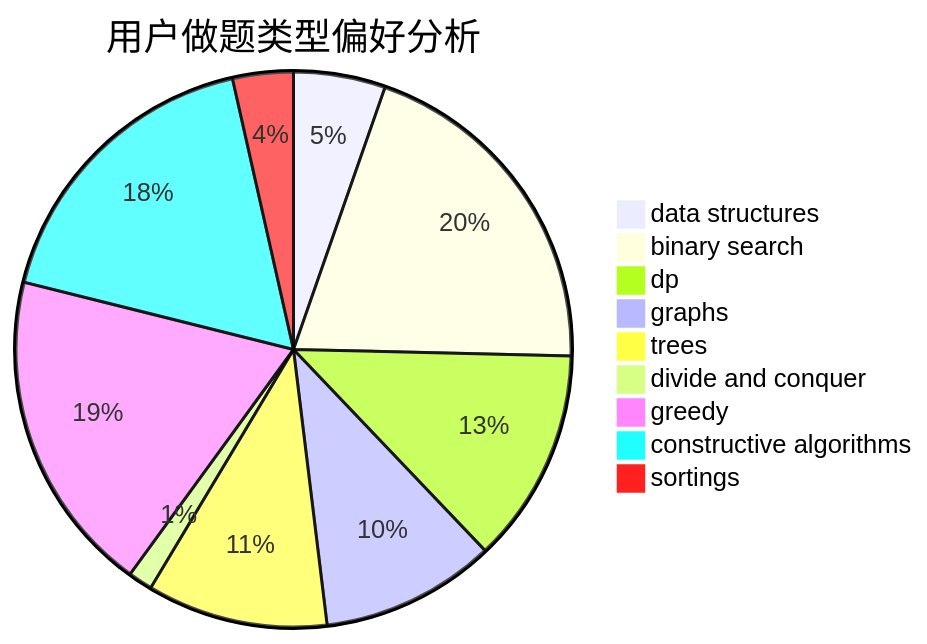
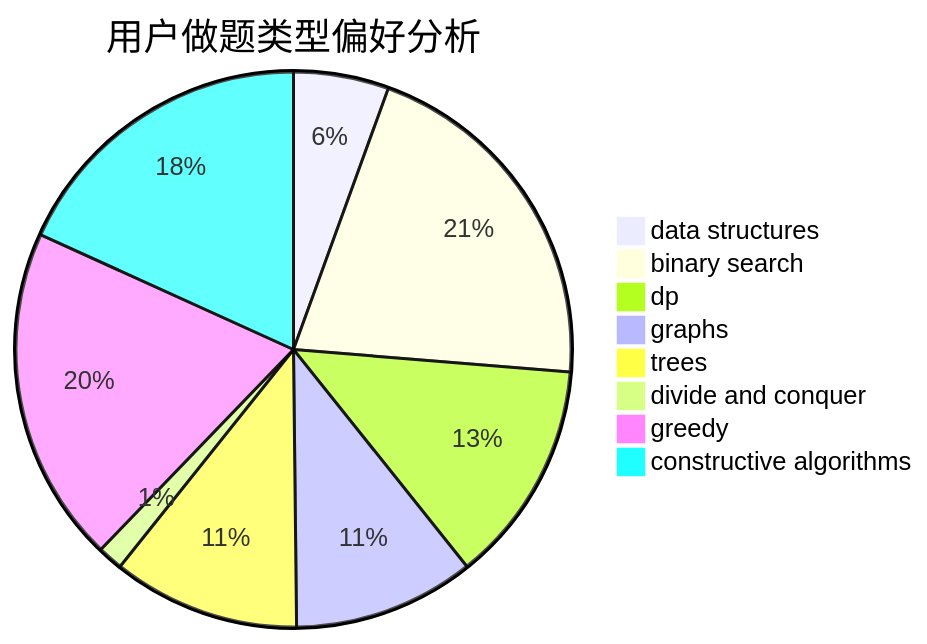
One commit to sherpahu/cfrs.github.io changed the second of 3 diagrams in docs/user/u726.md. Above: the diagram before and after it, drawn with Mermaid. The commit also changed other lines of this file and 2769 other files, not shown here.

````diff
--- a/docs/user/u726.md
+++ b/docs/user/u726.md
@@ -18,12 +18,11 @@
 ```mermaid
 pie title 用户做题类型偏好分析
     "data structures" :  94
     "binary search" :  352
     "dp" :  220
     "graphs" :  179
     "trees" :  185
     "divide and conquer" :  25
     "greedy" :  332
     "constructive algorithms" :  309
-    "sortings" :  62
 ```
````
